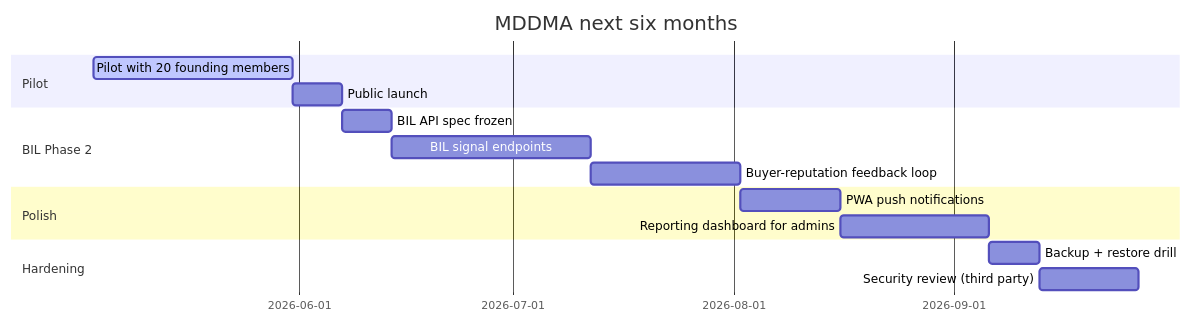
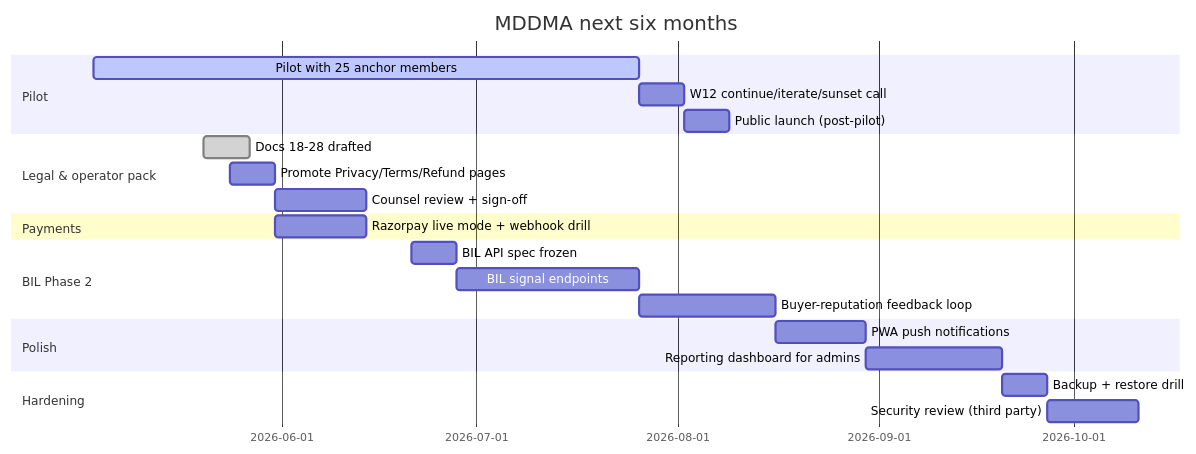
One commit to arka97/mddma-test changed the diagram in supabase/functions/get-internal-doc/content/14-roadmap-and-glossary.md. Above: the diagram before and after it, drawn with Mermaid. The commit also changed other lines of this file and 9 other files, not shown here.

````diff
--- a/supabase/functions/get-internal-doc/content/14-roadmap-and-glossary.md
+++ b/supabase/functions/get-internal-doc/content/14-roadmap-and-glossary.md
@@ -7,18 +7,25 @@
 ```mermaid
 gantt
   title MDDMA next six months
   dateFormat  YYYY-MM-DD
   section Pilot
-  Pilot with 20 founding members      :active, 2026-05-03, 4w
-  Public launch                       :        2026-05-31, 1w
+  Pilot with 25 anchor members        :active, 2026-05-03, 12w
+  W12 continue/iterate/sunset call    :        2026-07-26, 1w
+  Public launch (post-pilot)          :        2026-08-02, 1w
+  section Legal & operator pack
+  Docs 18-28 drafted                  :done,   2026-05-20, 1w
+  Promote Privacy/Terms/Refund pages  :        2026-05-24, 1w
+  Counsel review + sign-off           :        2026-05-31, 2w
+  section Payments
+  Razorpay live mode + webhook drill  :        2026-05-31, 2w
   section BIL Phase 2
-  BIL API spec frozen                 :        2026-06-07, 1w
-  BIL signal endpoints                :        2026-06-14, 4w
-  Buyer-reputation feedback loop      :        2026-07-12, 3w
+  BIL API spec frozen                 :        2026-06-21, 1w
+  BIL signal endpoints                :        2026-06-28, 4w
+  Buyer-reputation feedback loop      :        2026-07-26, 3w
   section Polish
-  PWA push notifications              :        2026-08-02, 2w
-  Reporting dashboard for admins      :        2026-08-16, 3w
+  PWA push notifications              :        2026-08-16, 2w
+  Reporting dashboard for admins      :        2026-08-30, 3w
   section Hardening
-  Backup + restore drill              :        2026-09-06, 1w
-  Security review (third party)       :        2026-09-13, 2w
+  Backup + restore drill              :        2026-09-20, 1w
+  Security review (third party)       :        2026-09-27, 2w
 ```
````
